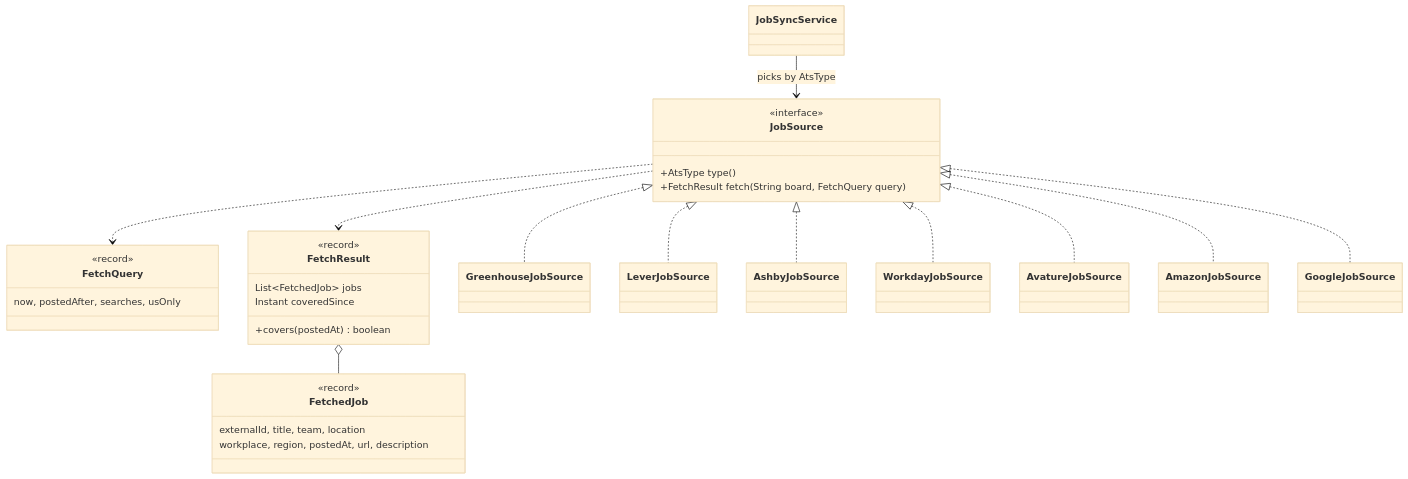
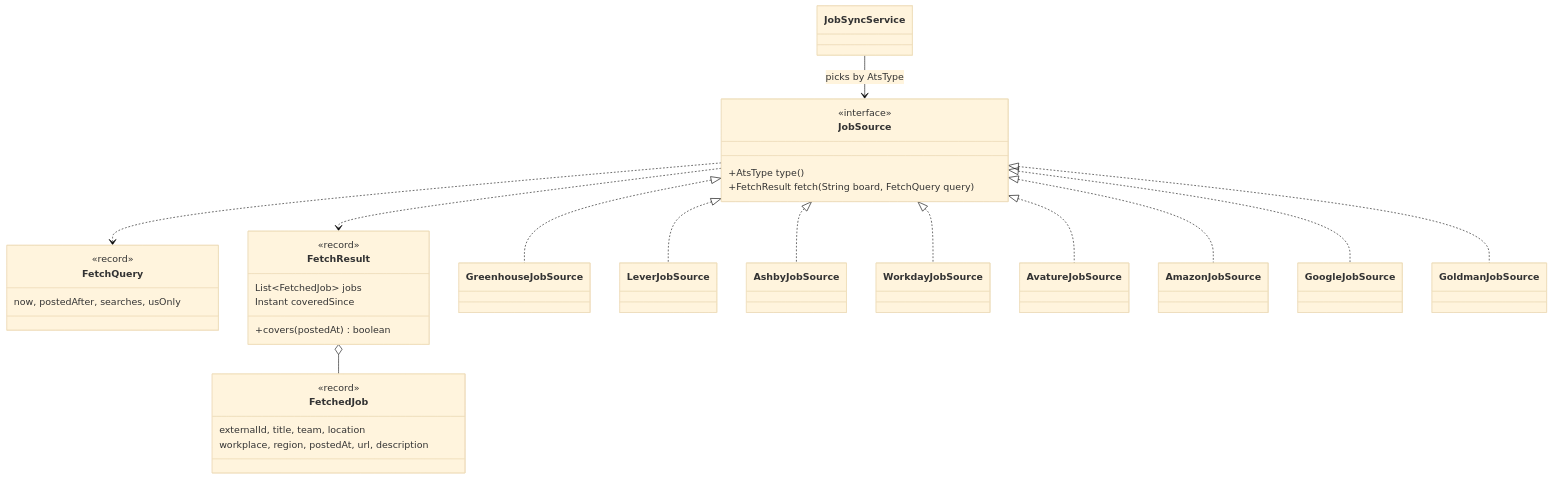
One commit to TechByChibuzo/job-search-assistant changed the second of 5 diagrams in docs/architecture.md. Above: the diagram before and after it, drawn with Mermaid (base theme). The commit also changed other lines of this file and 3 other files, not shown here.

First line of the commit message:
docs: Goldman Sachs source and job-alert email import on the roadmap

````diff
--- a/docs/architecture.md
+++ b/docs/architecture.md
@@ -93,34 +94,35 @@
 ```mermaid
 classDiagram
     class JobSource {
         <<interface>>
         +AtsType type()
         +FetchResult fetch(String board, FetchQuery query)
     }
     class FetchQuery {
         <<record>>
         now, postedAfter, searches, usOnly
     }
     class FetchResult {
         <<record>>
         List~FetchedJob~ jobs
         Instant coveredSince
         +covers(postedAt) boolean
     }
     class FetchedJob {
         <<record>>
         externalId, title, team, location
         workplace, region, postedAt, url, description
     }
     JobSource <|.. GreenhouseJobSource
     JobSource <|.. LeverJobSource
     JobSource <|.. AshbyJobSource
     JobSource <|.. WorkdayJobSource
     JobSource <|.. AvatureJobSource
     JobSource <|.. AmazonJobSource
     JobSource <|.. GoogleJobSource
+    JobSource <|.. GoldmanJobSource
     JobSource ..> FetchQuery
     JobSource ..> FetchResult
     FetchResult o-- FetchedJob
     JobSyncService --> JobSource : picks by AtsType
 ```
````
